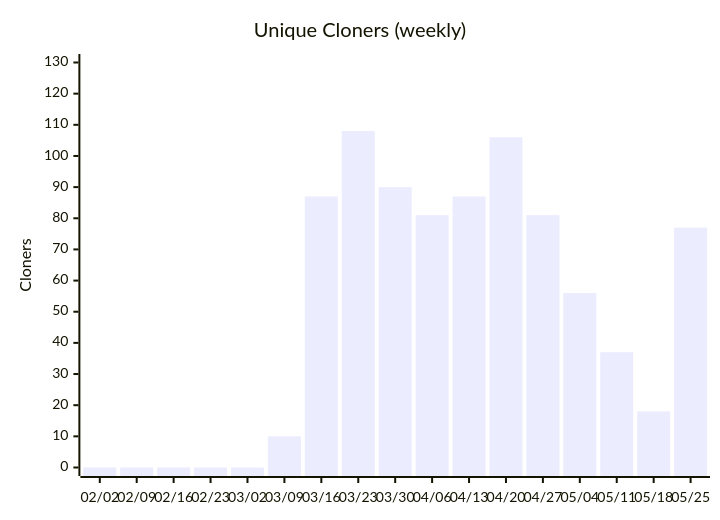
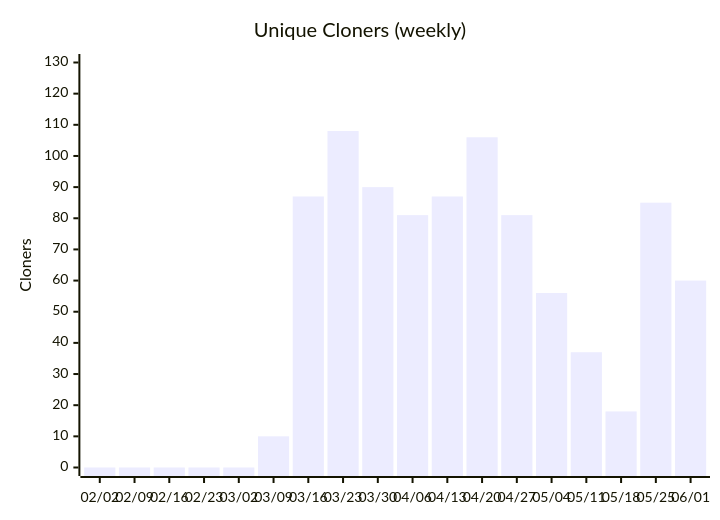
Diagram 14 of 14 in docs/metrics.md (nablarch/nabledge-dev), drawn with Mermaid before and after one commit. The commit also changed other lines of this file and 2 other files, not shown here.

````diff
--- a/docs/metrics.md
+++ b/docs/metrics.md
@@ -177,7 +177,7 @@
 ```mermaid
 xychart-beta
   title "Unique Cloners (weekly)"
-  x-axis ["02/02", "02/09", "02/16", "02/23", "03/02", "03/09", "03/16", "03/23", "03/30", "04/06", "04/13", "04/20", "04/27", "05/04", "05/11", "05/18", "05/25"]
+  x-axis ["02/02", "02/09", "02/16", "02/23", "03/02", "03/09", "03/16", "03/23", "03/30", "04/06", "04/13", "04/20", "04/27", "05/04", "05/11", "05/18", "05/25", "06/01"]
   y-axis "Cloners" 0 --> 130
-  bar [0, 0, 0, 0, 0, 10, 87, 108, 90, 81, 87, 106, 81, 56, 37, 18, 77]
+  bar [0, 0, 0, 0, 0, 10, 87, 108, 90, 81, 87, 106, 81, 56, 37, 18, 85, 60]
 ```
````
